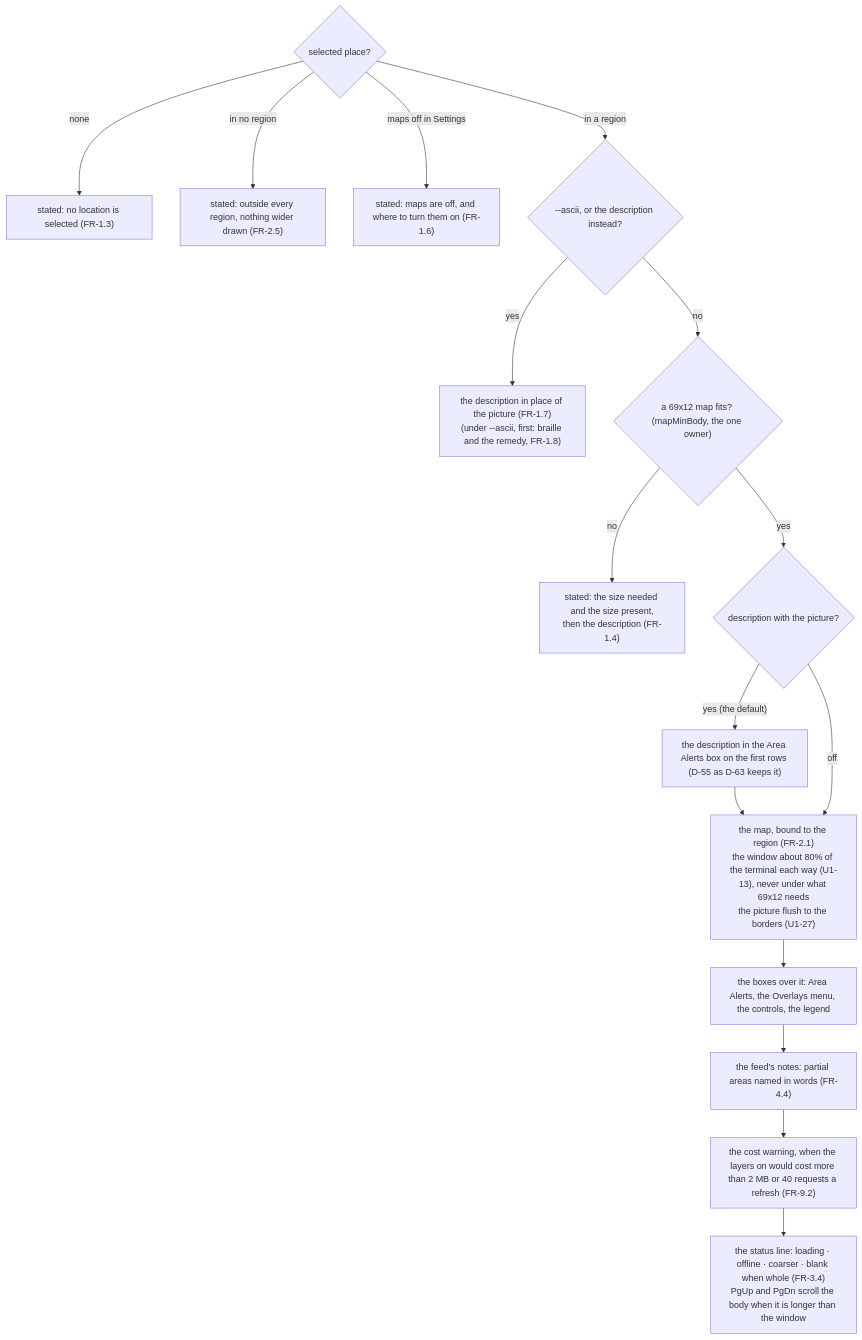
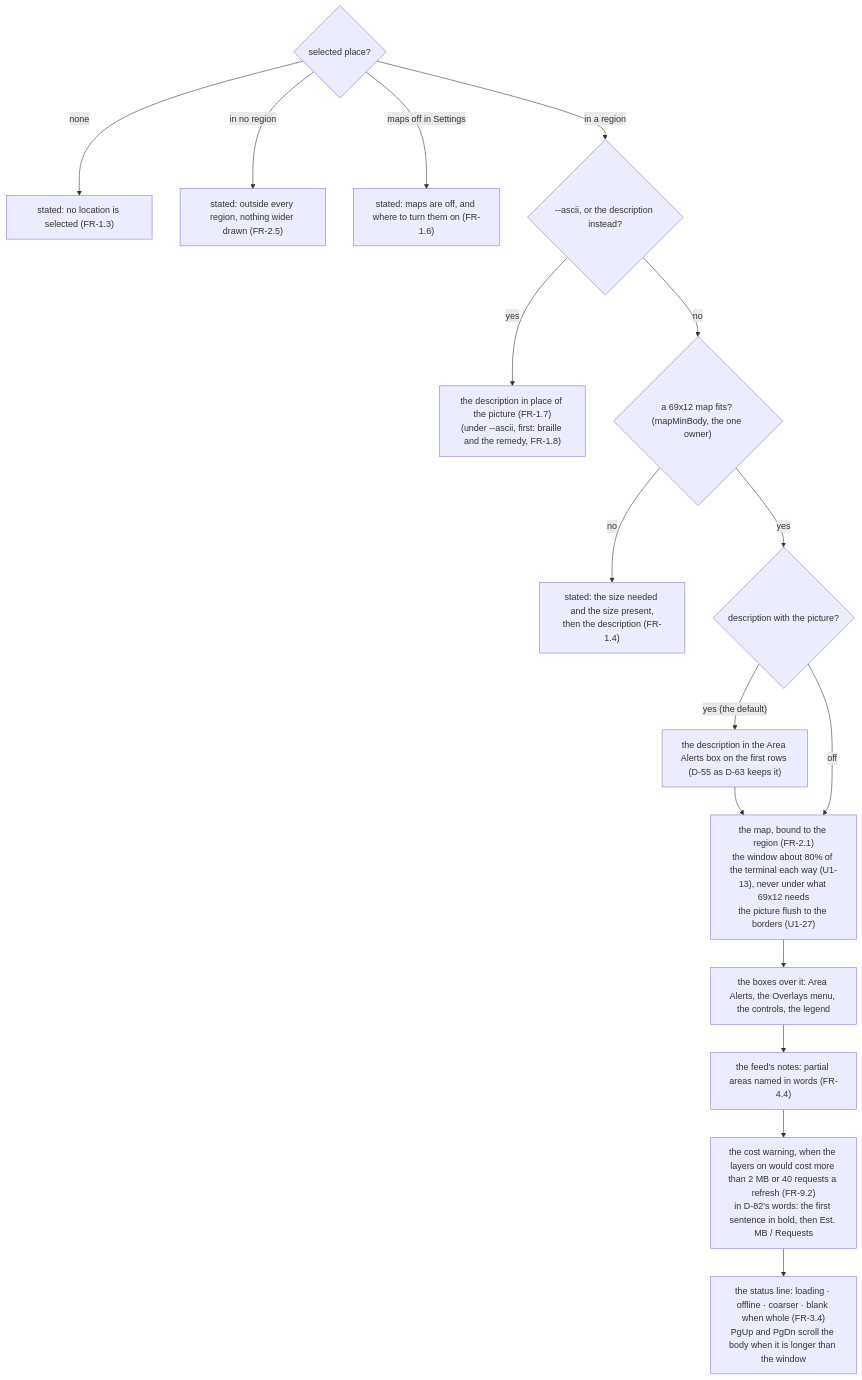
One commit to branden-thompson/watchpost changed the second of 4 diagrams in 06_docs/02_features/observer-maps/03-architecture-design/as-built-map.md. Above: the diagram before and after it, drawn with Mermaid. The commit also changed other lines of this file and 13 other files, not shown here.

First line of the commit message:
0.18.0 batch 18: UAT-1's seventh pass - the edge's chip; the cost warning's words

````diff
--- a/06_docs/02_features/observer-maps/03-architecture-design/as-built-map.md
+++ b/06_docs/02_features/observer-maps/03-architecture-design/as-built-map.md
@@ -78,16 +78,16 @@
 ```mermaid
 flowchart TB
   S{"selected place?"} -- "none" --> N["stated: no location is selected (FR-1.3)"]
   S -- "in no region" --> O["stated: outside every region, nothing wider drawn (FR-2.5)"]
   S -- "maps off in Settings" --> OFF["stated: maps are off, and where to turn them on (FR-1.6)"]
   S -- "in a region" --> A{"--ascii, or the description instead?"}
   A -- "yes" --> T["the description in place of the picture (FR-1.7)\n(under --ascii, first: braille and the remedy, FR-1.8)"]
   A -- "no" --> F{"a 69x12 map fits? (mapMinBody, the one owner)"}
   F -- "no" --> FL["stated: the size needed and the size present,\nthen the description (FR-1.4)"]
   F -- "yes" --> DS{"description with the picture?"}
   DS -- "yes (the default)" --> D1["the description in the Area Alerts box on the first rows (D-55 as D-63 keeps it)"] --> M
   DS -- "off" --> M["the map, bound to the region (FR-2.1)\nthe window about 80% of the terminal each way (U1-13), never under what 69x12 needs\nthe picture flush to the borders (U1-27)"]
   M --> BXS["the boxes over it: Area Alerts, the Overlays menu, the controls, the legend"] --> NT["the feed's notes: partial areas named in words (FR-4.4)"]
-  NT --> CW["the cost warning, when the layers on would cost more than 2 MB or 40 requests a refresh (FR-9.2)"]
+  NT --> CW["the cost warning, when the layers on would cost more than 2 MB or 40 requests a refresh (FR-9.2)\nin D-82's words: the first sentence in bold, then Est. MB / Requests"]
   CW --> ST["the status line: loading · offline · coarser · blank when whole (FR-3.4)\nPgUp and PgDn scroll the body when it is longer than the window"]
 ```
````
